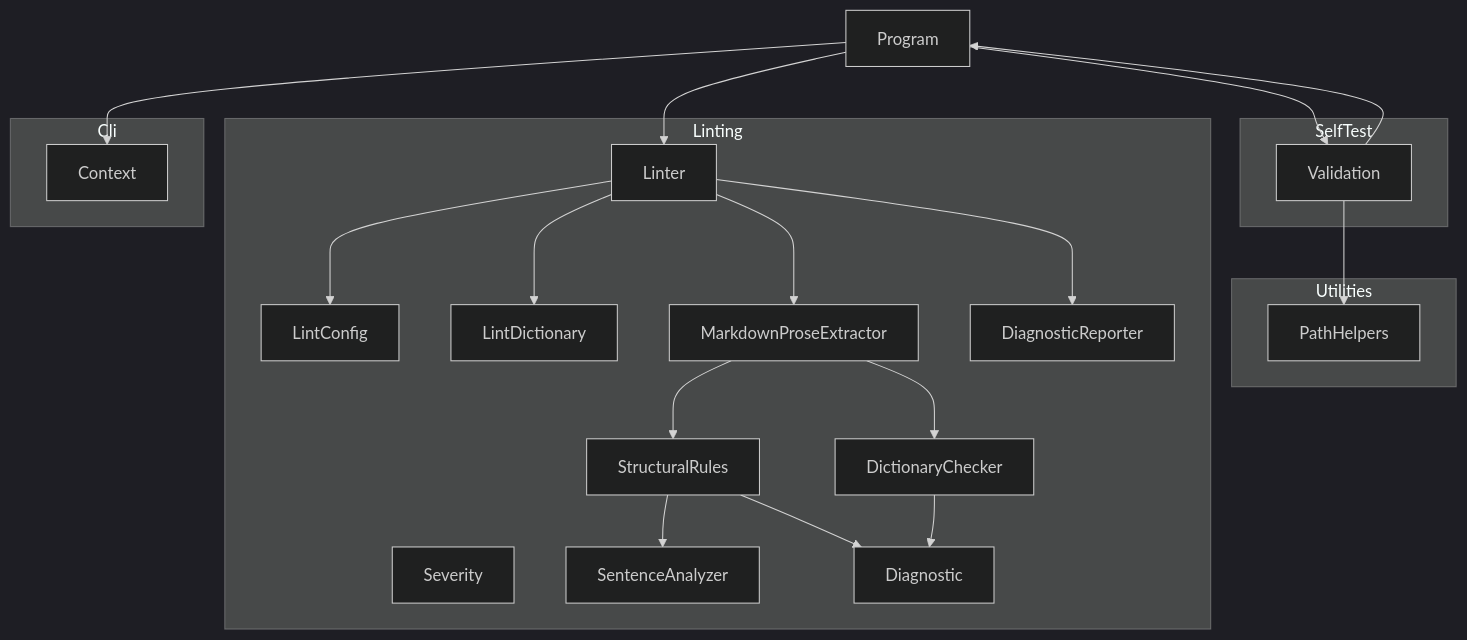
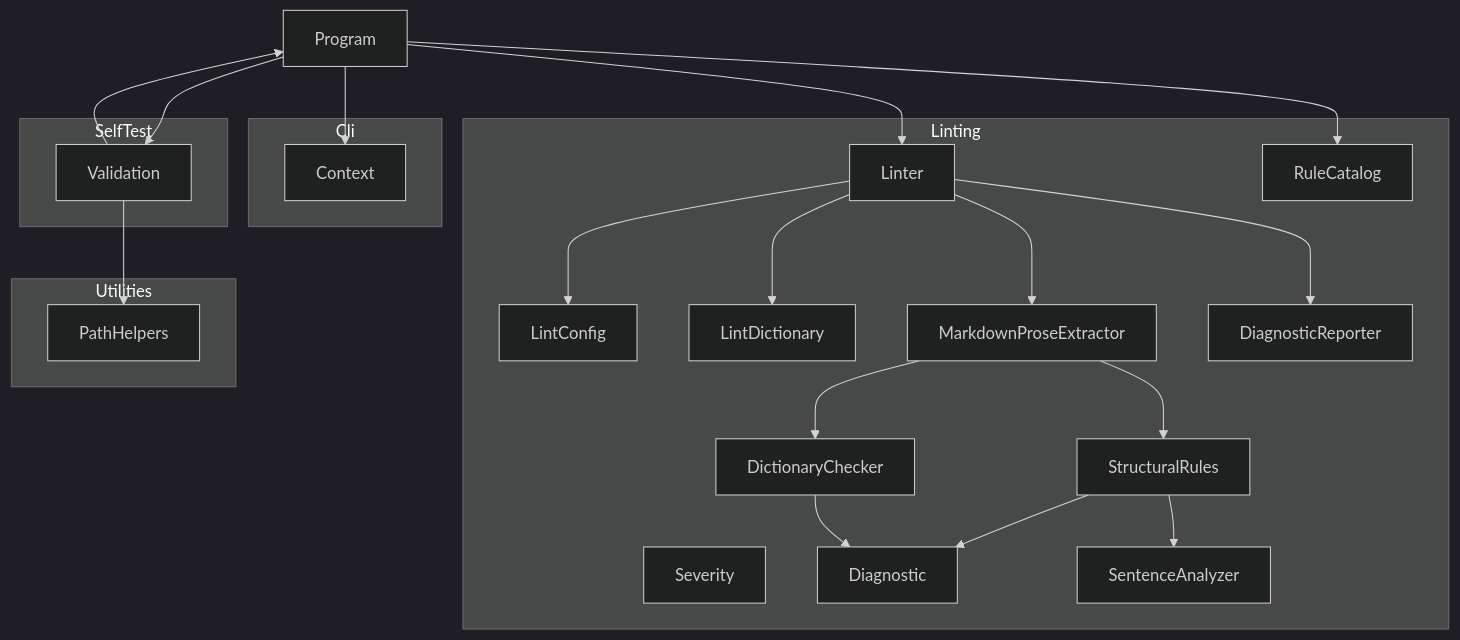
Before and after one commit to demaconsulting/Ste100Mark: the diagram in docs/design/ste100-mark.md, drawn with Mermaid (dark theme). The commit also changed other lines of this file and 31 other files, not shown here.

First line of the commit message:
Add --list-rules option for discovering the rule catalog (#25)

````diff
--- a/docs/design/ste100-mark.md
+++ b/docs/design/ste100-mark.md
@@ -11,39 +11,41 @@
 ```mermaid
 flowchart TD
     Program
     subgraph Cli
         Context
     end
     subgraph Linting
         Severity
         Diagnostic
         LintConfig
         LintDictionary
         MarkdownProseExtractor
         SentenceAnalyzer
         StructuralRules
         DictionaryChecker
         DiagnosticReporter
         Linter
+        RuleCatalog
     end
     subgraph SelfTest
         Validation
     end
     subgraph Utilities
         PathHelpers
     end
     Program --> Context
     Program --> Linter
     Program --> Validation
+    Program --> RuleCatalog
     Validation --> Program
     Validation --> PathHelpers
     Linter --> LintConfig
     Linter --> LintDictionary
     Linter --> MarkdownProseExtractor
     MarkdownProseExtractor --> StructuralRules
     MarkdownProseExtractor --> DictionaryChecker
     StructuralRules --> SentenceAnalyzer
     StructuralRules --> Diagnostic
     DictionaryChecker --> Diagnostic
     Linter --> DiagnosticReporter
 ```
````
